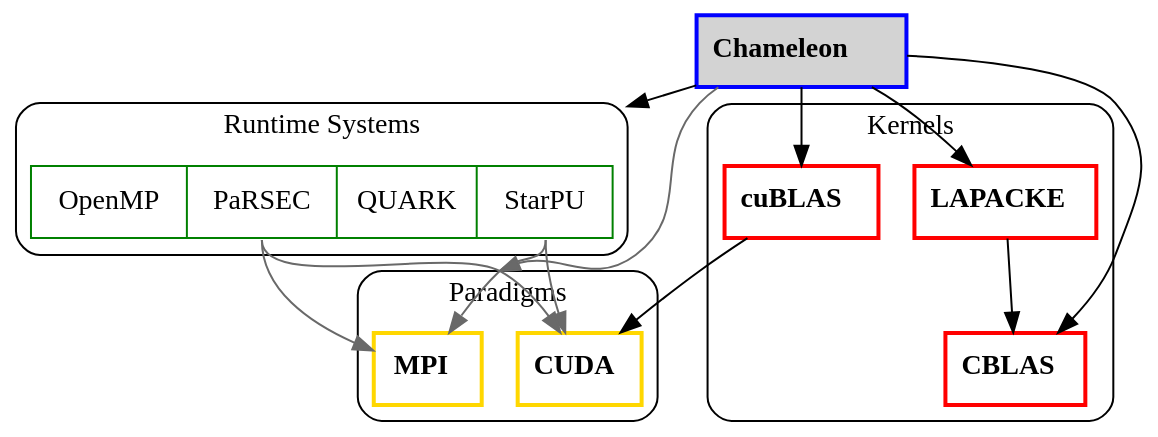
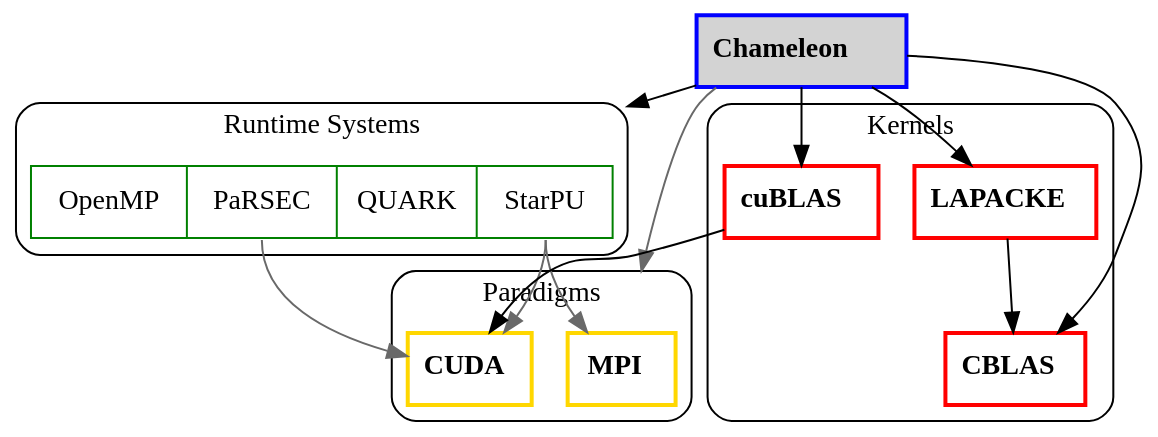
The diagram in doc/user/chameleon.dot (miniskar/chameleon), drawn with Graphviz before and after one commit. The commit also changed 5 other files, not shown here.

Commit message:
Prevent using PARSEC with MPI cmake+doc

```diff
--- a/doc/user/chameleon.dot
+++ b/doc/user/chameleon.dot
@@ -1,56 +1,55 @@
 digraph G{
 
 # Pre-Depends:             purple, bold
 # Depends:                 black
 # Recommends:              grey
 # Suggests:                black, dotted
 # Conflicts:               red
 
 compound=true;
 bgcolor=transparent
 
 node [shape=box];
 
 chameleon [style="filled,bold",fillcolor=lightgrey,color=blue,label=<<B>Chameleon</B>>]
 
 subgraph cluster_runtime {
         label = "Runtime Systems"
         style = rounded
         color = black
         sched [
         shape = "record"
         label = "<sched_openmp> OpenMP | <sched_parsec> PaRSEC | <sched_quark> QUARK | <sched_starpu> StarPU"
         color=green
         ]
         }
 chameleon -> sched [lhead=cluster_runtime]
 sched:sched_starpu -> cuda [color=dimgrey]
 sched:sched_starpu -> mpi [color=dimgrey]
 sched:sched_parsec -> cuda [color=dimgrey]
-sched:sched_parsec -> mpi [color=dimgrey]
 
 subgraph cluster_paradigm {
         label = "Paradigms"
         style = rounded
         color = black
         cuda [color=gold, style=bold,label=<<B>CUDA</B>>]
         mpi [color=gold, style=bold,label=<<B>MPI</B>>]
         }
 
 subgraph cluster_kernel {
         label = "Kernels"
         style = rounded
         color = black
         cublas [color=red, style=bold,label=<<B>cuBLAS</B>>]
         lapacke [color=red, style=bold,label=<<B>LAPACKE</B>>]
         cblas [color=red, style=bold,label=<<B>CBLAS</B>>]
         lapacke -> cblas
         cublas -> cuda
         }
 
 chameleon -> cblas
 chameleon -> lapacke
 chameleon -> mpi [color=dimgrey,lhead=cluster_paradigm]
 chameleon -> cublas
 
 }
```
